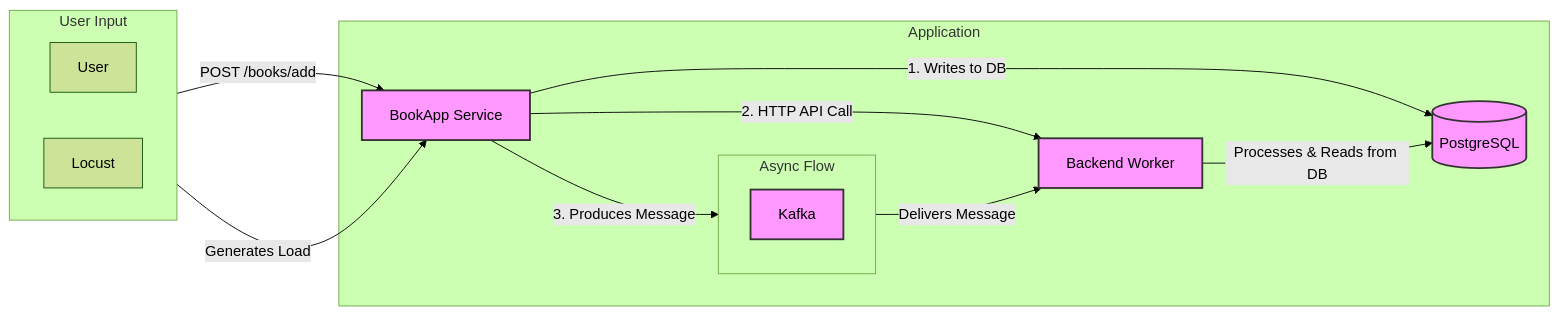
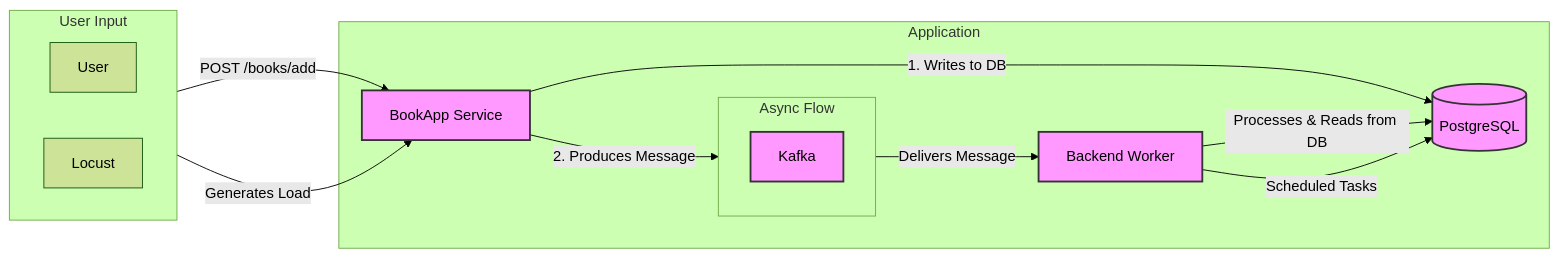
Before and after one commit to hardbyte/rust-telemetry-example: the first of 3 diagrams in README.md, drawn with Mermaid (forest theme). The commit also changed other lines of this file and 14 other files, not shown here.

````diff
--- a/README.md
+++ b/README.md
@@ -23,32 +23,32 @@
 ```mermaid
 graph LR
   subgraph User Input
     direction LR
     user[<fa:fa-user> User]
     locust[<fa:fa-bug> Locust]
   end
 
   subgraph Application
     app[<fa:fa-server> BookApp Service]
     backend[<fa:fa-gears> Backend Worker]
     db[(<fa:fa-database> PostgreSQL)]
 
     subgraph Async Flow
       direction TB
       kafka[<fa:fa-exchange> Kafka]
     end
   end
 
   user -- "POST /books/add" --> app
   locust -- "Generates Load" --> app
 
   app -- "1. Writes to DB" --> db
-  app -- "2. HTTP API Call" --> backend
-  app -- "3. Produces Message" --> kafka
+  app -- "2. Produces Message" --> kafka
 
   kafka -- "Delivers Message" --> backend
   backend -- "Processes & Reads from DB" --> db
+  backend -- "Scheduled Tasks" --> db
 
   classDef services fill:#f9f,stroke:#333,stroke-width:2px;
   class app,backend,kafka,db services;
 ```
````
